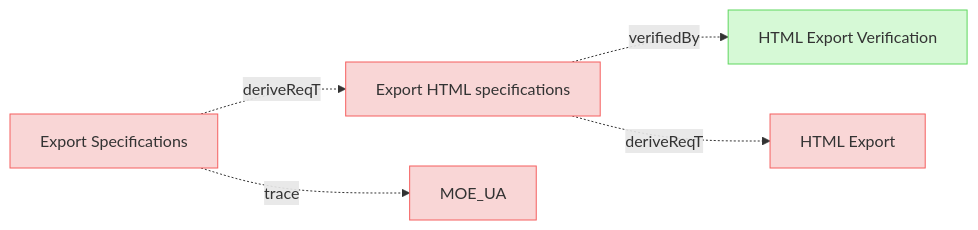
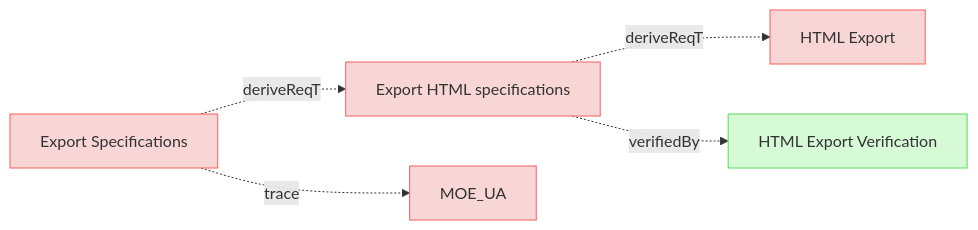
Before and after one commit to reqvire-org/reqvire: the seventh of 9 diagrams in specifications/UserRequirements.md, drawn with Mermaid. The commit also changed other lines of this file and 18 other files, not shown here.

Commit message:
Updated diagrams

````diff
--- a/specifications/UserRequirements.md
+++ b/specifications/UserRequirements.md
@@ -942,29 +966,29 @@
 ```mermaid
 graph LR;
   %% REQVIRE-AUTOGENERATED-DIAGRAM
   %% Graph styling
   classDef requirement fill:#f9d6d6,stroke:#f55f5f,stroke-width:1px;
   classDef verification fill:#d6f9d6,stroke:#5fd75f,stroke-width:1px;
   classDef externalLink fill:#d0e0ff,stroke:#3080ff,stroke-width:1px;
   classDef default fill:#f5f5f5,stroke:#333333,stroke-width:1px;
 
   a4c40962cac85d0c["Export HTML specifications"];
   class a4c40962cac85d0c requirement;
   click a4c40962cac85d0c "UserRequirements.md#export-html-specifications";
+  5deb63503bdf77c["HTML Export"];
+  class 5deb63503bdf77c requirement;
+  click 5deb63503bdf77c "SystemRequirements/Requirements.md#html-export";
+  a4c40962cac85d0c -.->|deriveReqT| 5deb63503bdf77c;
   14ef985b9a43174e["HTML Export Verification"];
   class 14ef985b9a43174e verification;
   click 14ef985b9a43174e "Verifications/Misc.md#html-export-verification";
   a4c40962cac85d0c -.->|verifiedBy| 14ef985b9a43174e;
-  5deb63503bdf77c["HTML Export"];
-  class 5deb63503bdf77c requirement;
-  click 5deb63503bdf77c "SystemRequirements/Requirements.md#html-export";
-  a4c40962cac85d0c -.->|deriveReqT| 5deb63503bdf77c;
   b3b899678f557ee9["Export Specifications"];
   class b3b899678f557ee9 requirement;
   click b3b899678f557ee9 "UserStories.md#export-specifications";
   2c5f30f14e792200["MOE_UA"];
   class 2c5f30f14e792200 requirement;
   click 2c5f30f14e792200 "MOEs.md#moe_ua";
   b3b899678f557ee9 -.->|trace| 2c5f30f14e792200;
   b3b899678f557ee9 -.->|deriveReqT| a4c40962cac85d0c;
 ```
````
